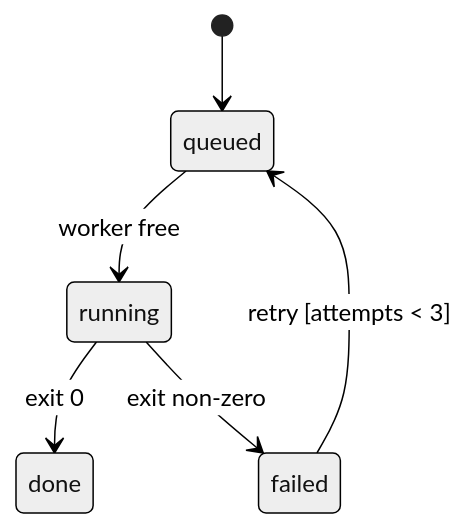
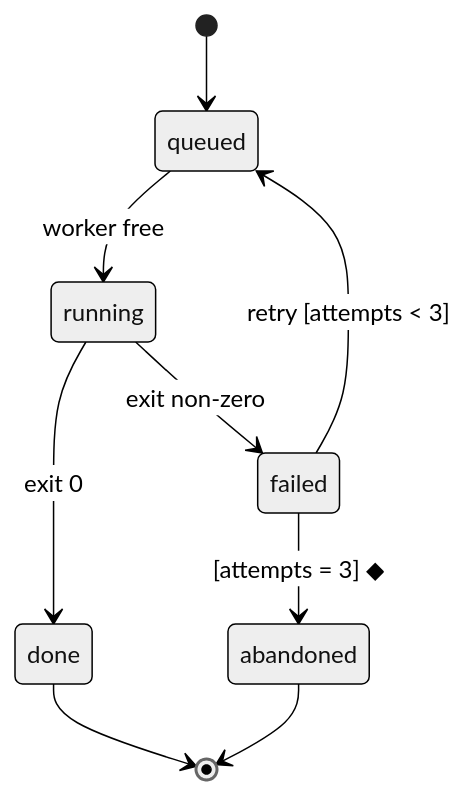
Before and after one commit to mknw/muster-skills: the third of 3 diagrams in visualizing/FORMS.md, drawn with Mermaid (neutral theme). The commit also changed other lines of this file and 5 other files, not shown here.

````diff
--- a/visualizing/FORMS.md
+++ b/visualizing/FORMS.md
@@ -91,8 +155,11 @@
 ```mermaid
 stateDiagram-v2
   [*] --> queued
   queued --> running: worker free
   running --> done: exit 0
   running --> failed: exit non-zero
   failed --> queued: retry [attempts < 3]
+  failed --> abandoned: [attempts = 3] ◆
+  done --> [*]
+  abandoned --> [*]
 ```
````
